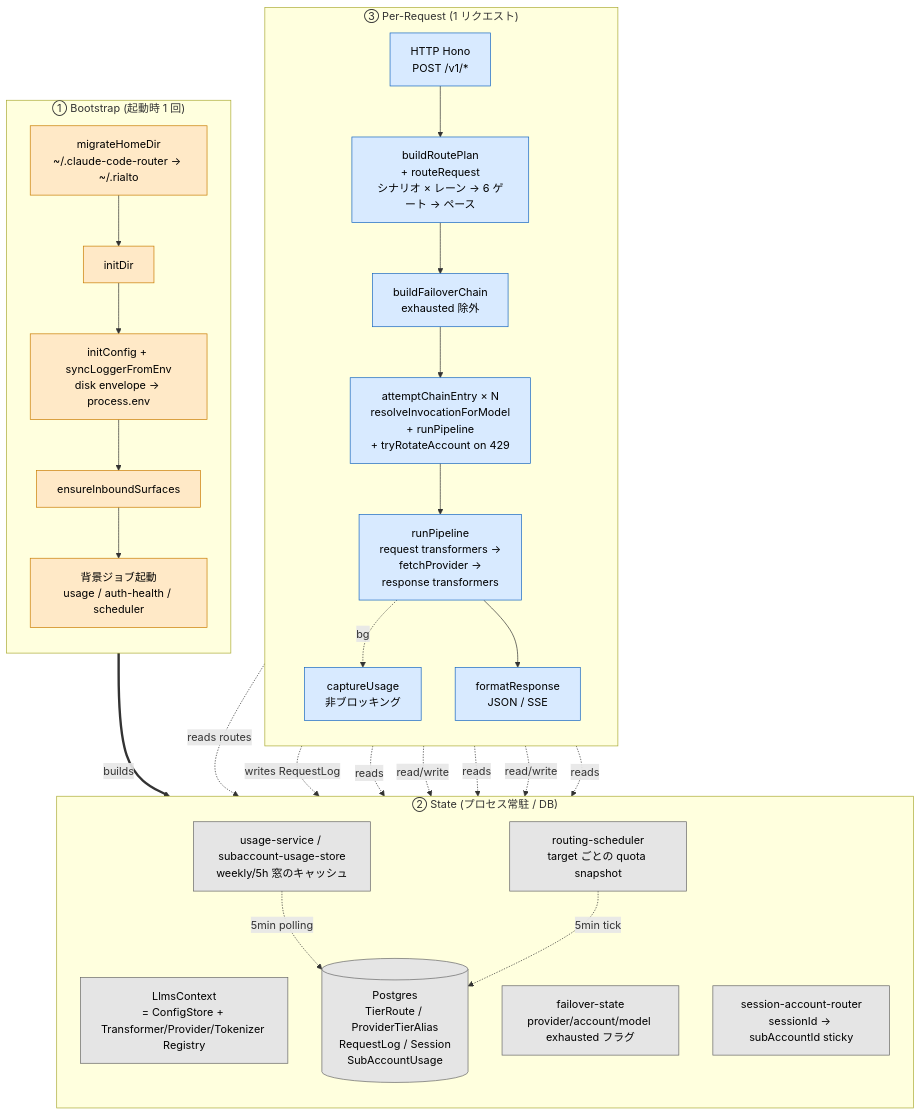
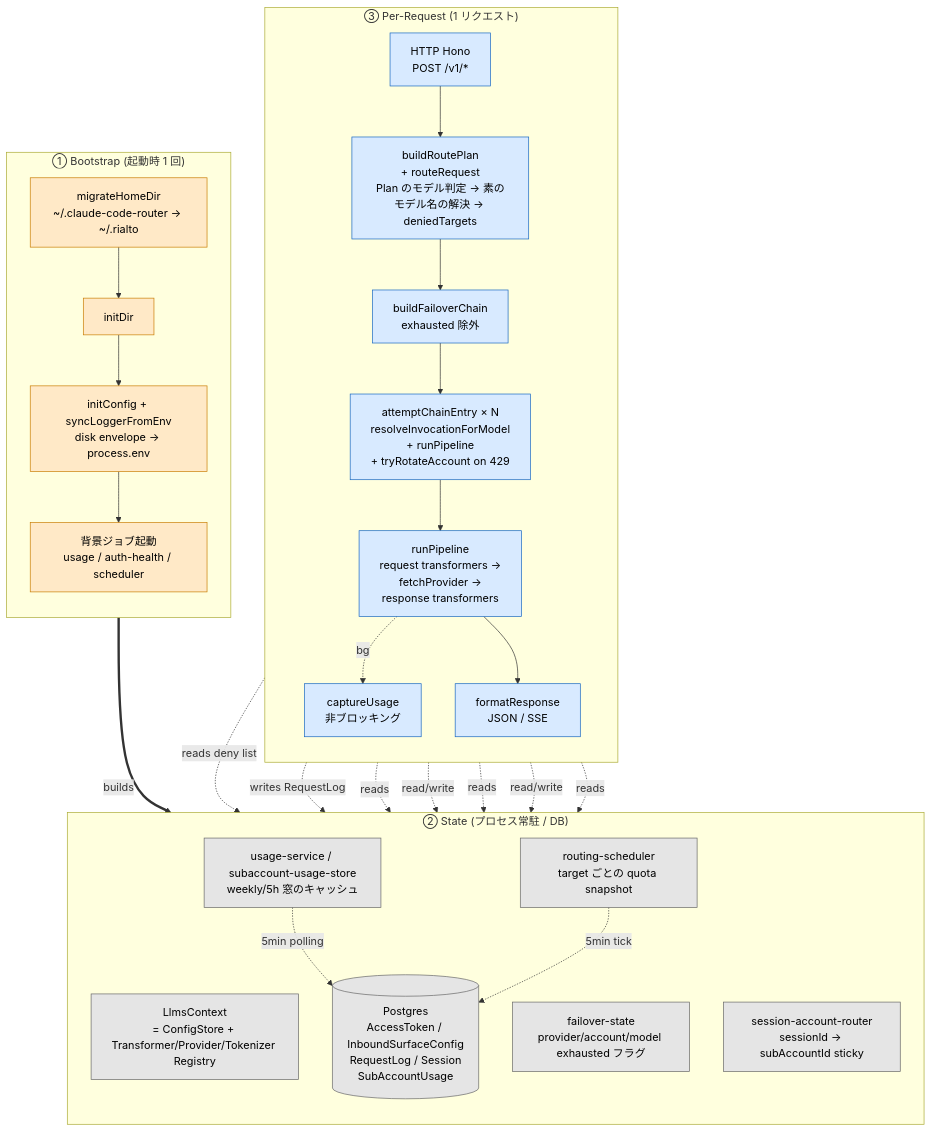
Before and after one commit to tkgstrator/rialto: the first of 12 diagrams in docs/architecture/pipeline-overview.md, drawn with Mermaid. The commit also changed other lines of this file and 14 other files, not shown here.

Commit message:
docs: update architecture and guides for the removal of routing

````diff
--- a/docs/architecture/pipeline-overview.md
+++ b/docs/architecture/pipeline-overview.md
@@ -15,55 +15,54 @@
 ```mermaid
 flowchart TB
   classDef boot fill:#ffe9c7,stroke:#c97c00,color:#000
   classDef perreq fill:#d8eaff,stroke:#1565c0,color:#000
   classDef state fill:#e5e5e5,stroke:#666,color:#000
 
   subgraph BOOT["① Bootstrap (起動時 1 回)"]
     direction TB
     B0[migrateHomeDir<br/>~/.claude-code-router → ~/.rialto]
     B1[initDir]
     B2[initConfig + syncLoggerFromEnv<br/>disk envelope → process.env]
-    B3[ensureInboundSurfaces]
     B4[背景ジョブ起動<br/>usage / auth-health / scheduler]
-    B0 --> B1 --> B2 --> B3 --> B4
+    B0 --> B1 --> B2 --> B4
   end
 
   subgraph STATE["② State (プロセス常駐 / DB)"]
     direction TB
     CTX[LlmsContext<br/>= ConfigStore + Transformer/Provider/Tokenizer Registry]
     FS[failover-state<br/>provider/account/model exhausted フラグ]
     SNAP[routing-scheduler<br/>target ごとの quota snapshot]
     SR[session-account-router<br/>sessionId → subAccountId sticky]
     US[usage-service / subaccount-usage-store<br/>weekly/5h 窓のキャッシュ]
-    DB[(Postgres<br/>TierRoute / ProviderTierAlias<br/>RequestLog / Session<br/>SubAccountUsage)]
+    DB[(Postgres<br/>AccessToken / InboundSurfaceConfig<br/>RequestLog / Session<br/>SubAccountUsage)]
   end
 
   subgraph REQ["③ Per-Request (1 リクエスト)"]
     direction TB
     R1[HTTP Hono<br/>POST /v1/*]
-    R2[buildRoutePlan<br/>+ routeRequest<br/>シナリオ × レーン → 6 ゲート → ペース]
+    R2[buildRoutePlan<br/>+ routeRequest<br/>Plan のモデル判定 → 素のモデル名の解決 → deniedTargets]
     R3[buildFailoverChain<br/>exhausted 除外]
     R4[attemptChainEntry × N<br/>resolveInvocationForModel<br/>+ runPipeline<br/>+ tryRotateAccount on 429]
     R5[runPipeline<br/>request transformers →<br/>fetchProvider →<br/>response transformers]
     R6[captureUsage<br/>非ブロッキング]
     R7[formatResponse<br/>JSON / SSE]
     R1 --> R2 --> R3 --> R4 --> R5
     R5 -.bg.-> R6
     R5 --> R7
   end
 
   BOOT ==builds==> CTX
   REQ -.reads.-> CTX
   REQ -.read/write.-> FS
   REQ -.reads.-> SNAP
   REQ -.read/write.-> SR
   REQ -.reads.-> US
-  R2 -.reads routes.-> DB
+  R2 -.reads deny list.-> DB
   R6 -.writes RequestLog.-> DB
   US -.5min polling.-> DB
   SNAP -.5min tick.-> DB
 
-  class B0,B1,B2,B3,B4 boot
+  class B0,B1,B2,B4 boot
   class R1,R2,R3,R4,R5,R6,R7 perreq
   class CTX,FS,SNAP,SR,US,DB state
 ```
````
